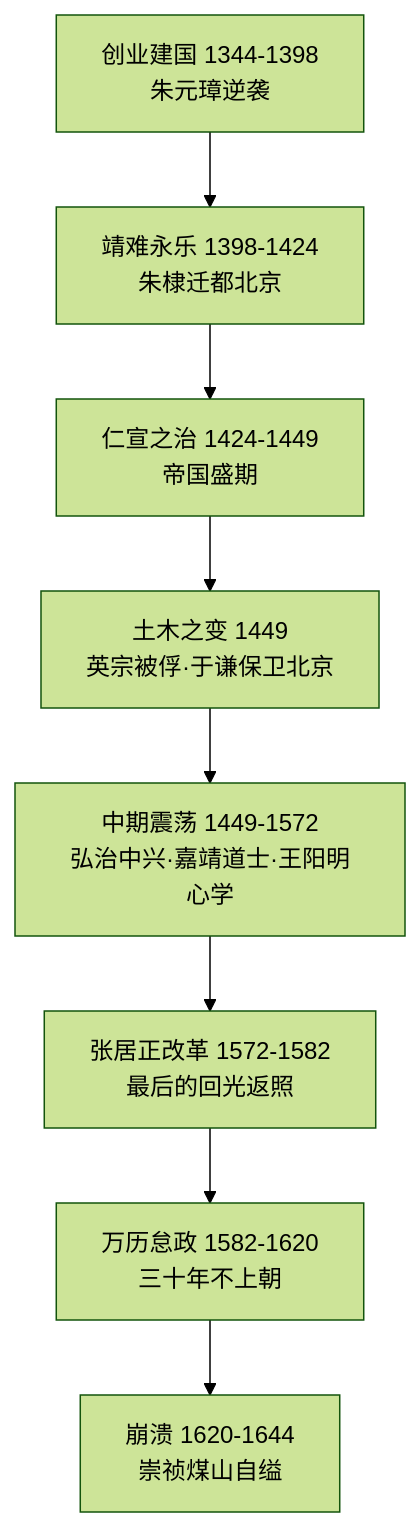
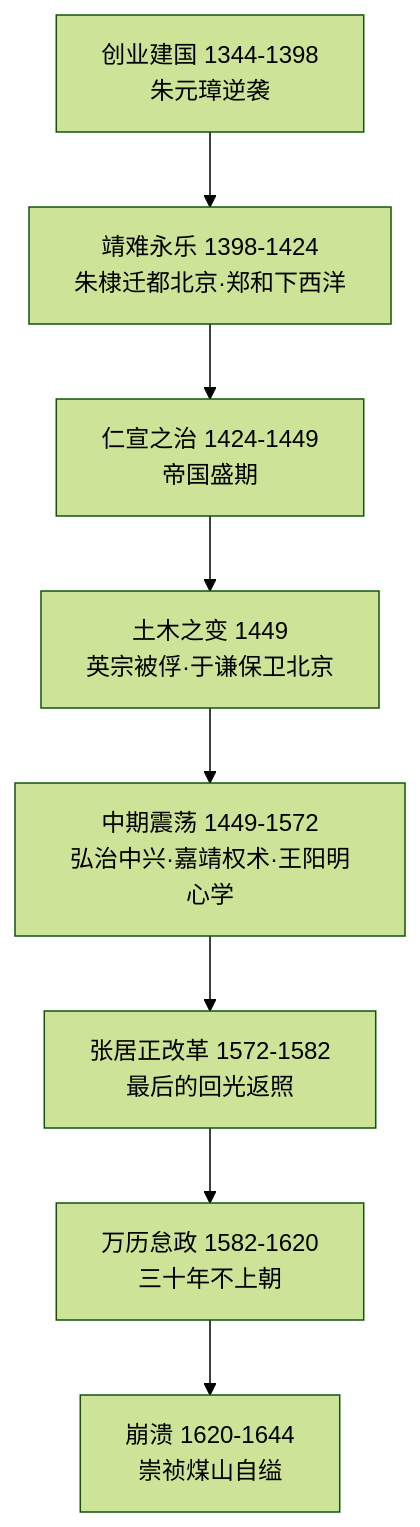
The diagram in 知识库/历史类/《明朝那些事儿》 - 当年明月.md (xdawayer/obsidian), drawn with Mermaid (forest theme) before and after one commit. The commit also changed other lines of this file and 4 other files, not shown here.

````diff
--- a/知识库/历史类/《明朝那些事儿》 - 当年明月.md
+++ b/知识库/历史类/《明朝那些事儿》 - 当年明月.md
@@ -29,10 +34,10 @@
 ```mermaid
 graph TD
-    A[创业建国 1344-1398<br/>朱元璋逆袭] --> B[靖难永乐 1398-1424<br/>朱棣迁都北京]
+    A[创业建国 1344-1398<br/>朱元璋逆袭] --> B[靖难永乐 1398-1424<br/>朱棣迁都北京·郑和下西洋]
     B --> C[仁宣之治 1424-1449<br/>帝国盛期]
     C --> D[土木之变 1449<br/>英宗被俘·于谦保卫北京]
-    D --> E[中期震荡 1449-1572<br/>弘治中兴·嘉靖道士·王阳明心学]
+    D --> E[中期震荡 1449-1572<br/>弘治中兴·嘉靖权术·王阳明心学]
     E --> F[张居正改革 1572-1582<br/>最后的回光返照]
     F --> G[万历怠政 1582-1620<br/>三十年不上朝]
     G --> H[崩溃 1620-1644<br/>崇祯煤山自缢]
 ```
````
